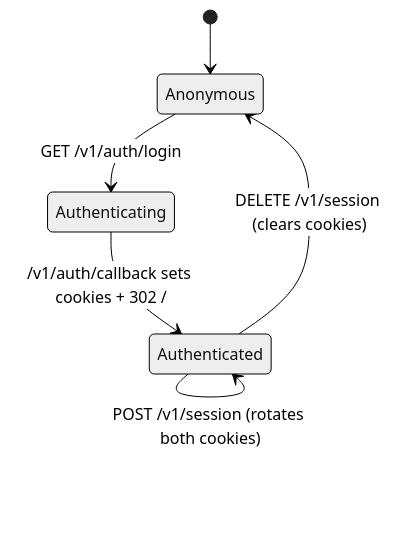
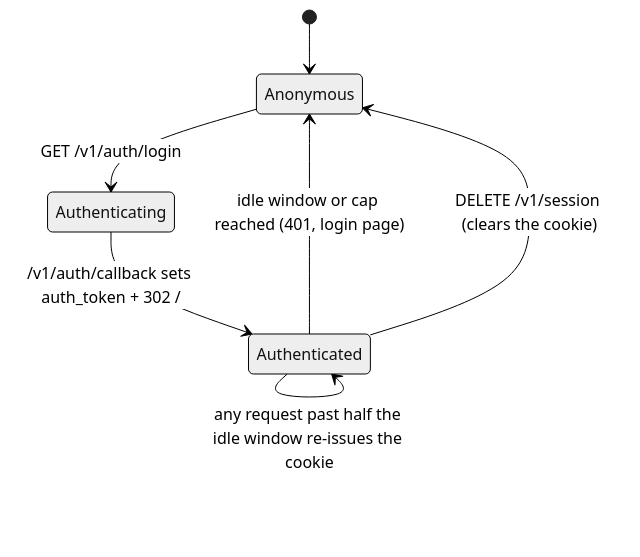
The third of 3 diagrams in docs/src/architecture/04-auth-flow.md (EPFL-ENAC/co2-calculator), drawn with Mermaid (neutral theme) before and after one commit. The commit also changed other lines of this file and 6 other files, not shown here.

First line of the commit message:
docs(auth): session cookie lifecycle in the auth flow page (#2943)

````diff
--- a/docs/src/architecture/04-auth-flow.md
+++ b/docs/src/architecture/04-auth-flow.md
@@ -71,8 +76,9 @@
 ```mermaid
 stateDiagram-v2
     [*] --> Anonymous
     Anonymous --> Authenticating: GET /v1/auth/login
-    Authenticating --> Authenticated: /v1/auth/callback sets cookies + 302 /
-    Authenticated --> Authenticated: POST /v1/session (rotates both cookies)
-    Authenticated --> Anonymous: DELETE /v1/session (clears cookies)
+    Authenticating --> Authenticated: /v1/auth/callback sets auth_token + 302 /
+    Authenticated --> Authenticated: any request past half the idle window re-issues the cookie
+    Authenticated --> Anonymous: idle window or cap reached (401, login page)
+    Authenticated --> Anonymous: DELETE /v1/session (clears the cookie)
 ```
````
